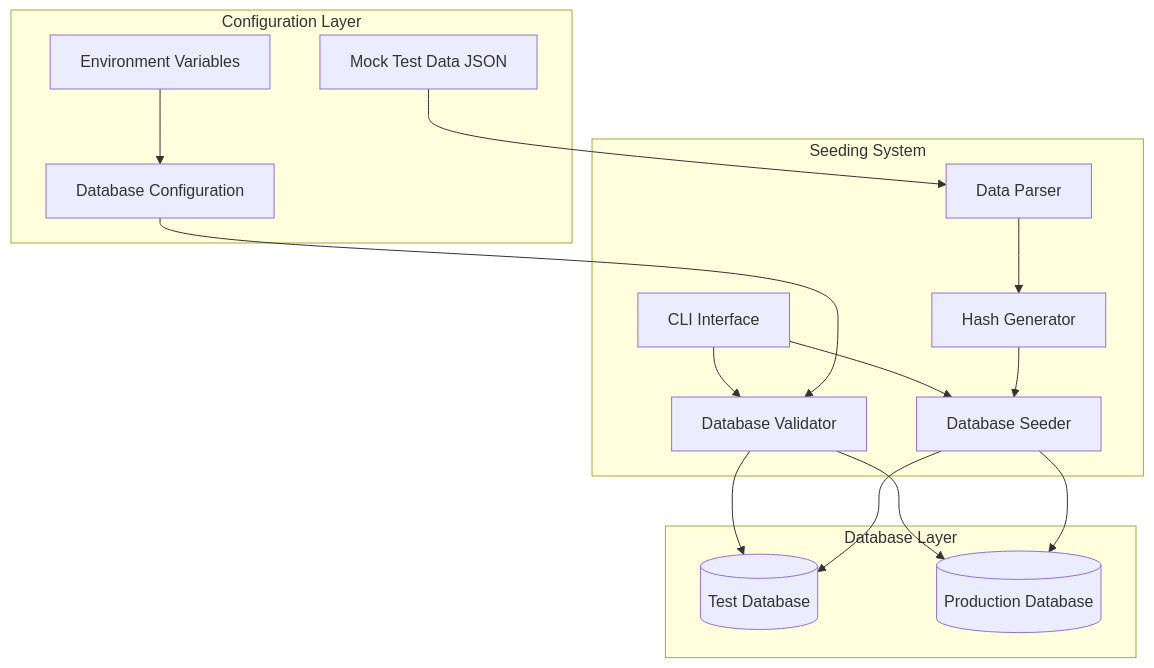
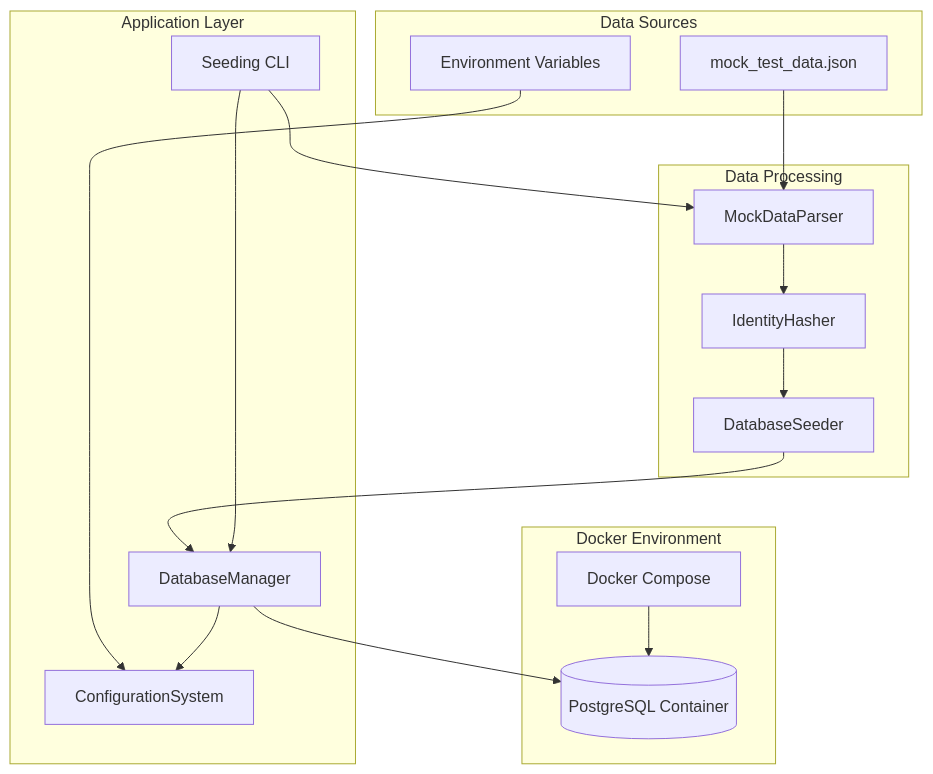
The diagram in .kiro/specs/database-seeding/design.md (ElCuboNegro/technical-test-Fuse), drawn with Mermaid before and after one commit. The commit also changed other lines of this file and 26 other files, not shown here.

First line of the commit message:
test(database-seeding): complete database connection management tests

````diff
--- a/.kiro/specs/database-seeding/design.md
+++ b/.kiro/specs/database-seeding/design.md
@@ -11,33 +19,35 @@
 ```mermaid
 graph TB
-    subgraph "Configuration Layer"
-        ENV[Environment Variables]
-        CONFIG[Database Configuration]
-        MOCK[Mock Test Data JSON]
+    subgraph "Docker Environment"
+        DC[Docker Compose]
+        PG[(PostgreSQL Container)]
+        DC --> PG
     end
     
-    subgraph "Seeding System"
-        CLI[CLI Interface]
-        PARSER[Data Parser]
-        HASHER[Hash Generator]
-        VALIDATOR[Database Validator]
-        SEEDER[Database Seeder]
+    subgraph "Application Layer"
+        CLI[Seeding CLI]
+        DM[DatabaseManager]
+        CS[ConfigurationSystem]
+        CLI --> DM
+        DM --> CS
     end
     
-    subgraph "Database Layer"
-        TEST_DB[(Test Database)]
-        PROD_DB[(Production Database)]
+    subgraph "Data Processing"
+        MP[MockDataParser]
+        IH[IdentityHasher]
+        DS[DatabaseSeeder]
+        MP --> IH
+        IH --> DS
     end
     
-    ENV --> CONFIG
-    MOCK --> PARSER
-    CLI --> VALIDATOR
-    CLI --> SEEDER
-    PARSER --> HASHER
-    HASHER --> SEEDER
-    CONFIG --> VALIDATOR
-    VALIDATOR --> TEST_DB
-    VALIDATOR --> PROD_DB
-    SEEDER --> TEST_DB
-    SEEDER --> PROD_DB
+    subgraph "Data Sources"
+        MD[mock_test_data.json]
+        ENV[Environment Variables]
+        MD --> MP
+        ENV --> CS
+    end
+    
+    CLI --> MP
+    DM --> PG
+    DS --> DM
 ```
````
